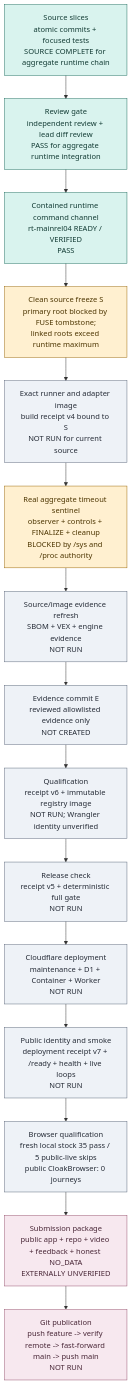
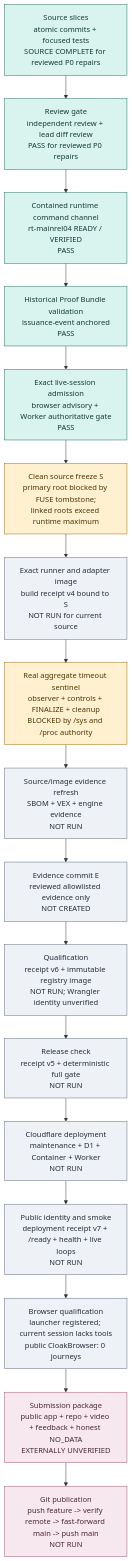
One commit to ALikesToCode/CounterLab changed the first of 3 diagrams in docs/audits/counterlab-first-prize/19_RELEASE_DEPENDENCY_AND_REVIEW_GRAPH.md. Above: the diagram before and after it, drawn with Mermaid. The commit also changed other lines of this file and 1 other file, not shown here.

````diff
--- a/docs/audits/counterlab-first-prize/19_RELEASE_DEPENDENCY_AND_REVIEW_GRAPH.md
+++ b/docs/audits/counterlab-first-prize/19_RELEASE_DEPENDENCY_AND_REVIEW_GRAPH.md
@@ -33,29 +33,31 @@
 ```mermaid
 flowchart TD
-  A["Source slices<br/>atomic commits + focused tests<br/>SOURCE COMPLETE for aggregate runtime chain"]
-  B["Review gate<br/>independent review + lead diff review<br/>PASS for aggregate runtime integration"]
+  A["Source slices<br/>atomic commits + focused tests<br/>SOURCE COMPLETE for reviewed P0 repairs"]
+  B["Review gate<br/>independent review + lead diff review<br/>PASS for reviewed P0 repairs"]
   R["Contained runtime command channel<br/>rt-mainrel04 READY / VERIFIED<br/>PASS"]
+  P["Historical Proof Bundle validation<br/>issuance-event anchored<br/>PASS"]
+  V["Exact live-session admission<br/>browser advisory + Worker authoritative gate<br/>PASS"]
   C["Clean source freeze S<br/>primary root blocked by FUSE tombstone;<br/>linked roots exceed runtime maximum"]
   D["Exact runner and adapter image<br/>build receipt v4 bound to S<br/>NOT RUN for current source"]
   E["Real aggregate timeout sentinel<br/>observer + controls + FINALIZE + cleanup<br/>BLOCKED by /sys and /proc authority"]
   F["Source/image evidence refresh<br/>SBOM + VEX + engine evidence<br/>NOT RUN"]
   G["Evidence commit E<br/>reviewed allowlisted evidence only<br/>NOT CREATED"]
   H["Qualification<br/>receipt v6 + immutable registry image<br/>NOT RUN; Wrangler identity unverified"]
   I["Release check<br/>receipt v5 + deterministic full gate<br/>NOT RUN"]
   J["Cloudflare deployment<br/>maintenance + D1 + Container + Worker<br/>NOT RUN"]
   K["Public identity and smoke<br/>deployment receipt v7 + /ready + health + live loops<br/>NOT RUN"]
-  L["Browser qualification<br/>fresh local stock 35 pass / 5 public-live skips<br/>public CloakBrowser: 0 journeys"]
+  L["Browser qualification<br/>launcher registered; current session lacks tools<br/>public CloakBrowser: 0 journeys"]
   M["Submission package<br/>public app + repo + video + feedback + honest NO_DATA<br/>EXTERNALLY UNVERIFIED"]
   N["Git publication<br/>push feature -> verify remote -> fast-forward main -> push main<br/>NOT RUN"]
 
-  A --> B --> R --> C --> D --> E --> F --> G --> H --> I --> J --> K --> L --> M --> N
+  A --> B --> R --> P --> V --> C --> D --> E --> F --> G --> H --> I --> J --> K --> L --> M --> N
 
   classDef pass fill:#d9f3ee,stroke:#176b5b,color:#123b34;
   classDef blocked fill:#fff0d0,stroke:#9a6500,color:#4c3500;
   classDef pending fill:#eef2f7,stroke:#596579,color:#252b36;
   classDef external fill:#f7e8ef,stroke:#95506d,color:#482636;
-  class A,B,R pass;
+  class A,B,R,P,V pass;
   class C,E blocked;
   class D,F,G,H,I,J,K,L pending;
   class M,N external;
 ```
````
